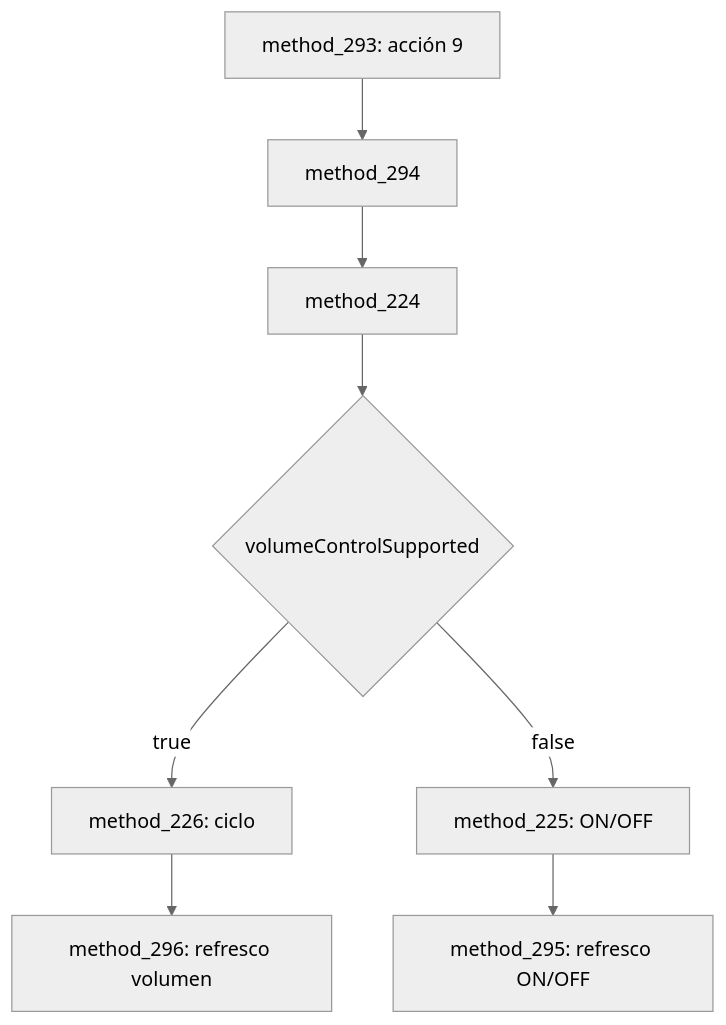
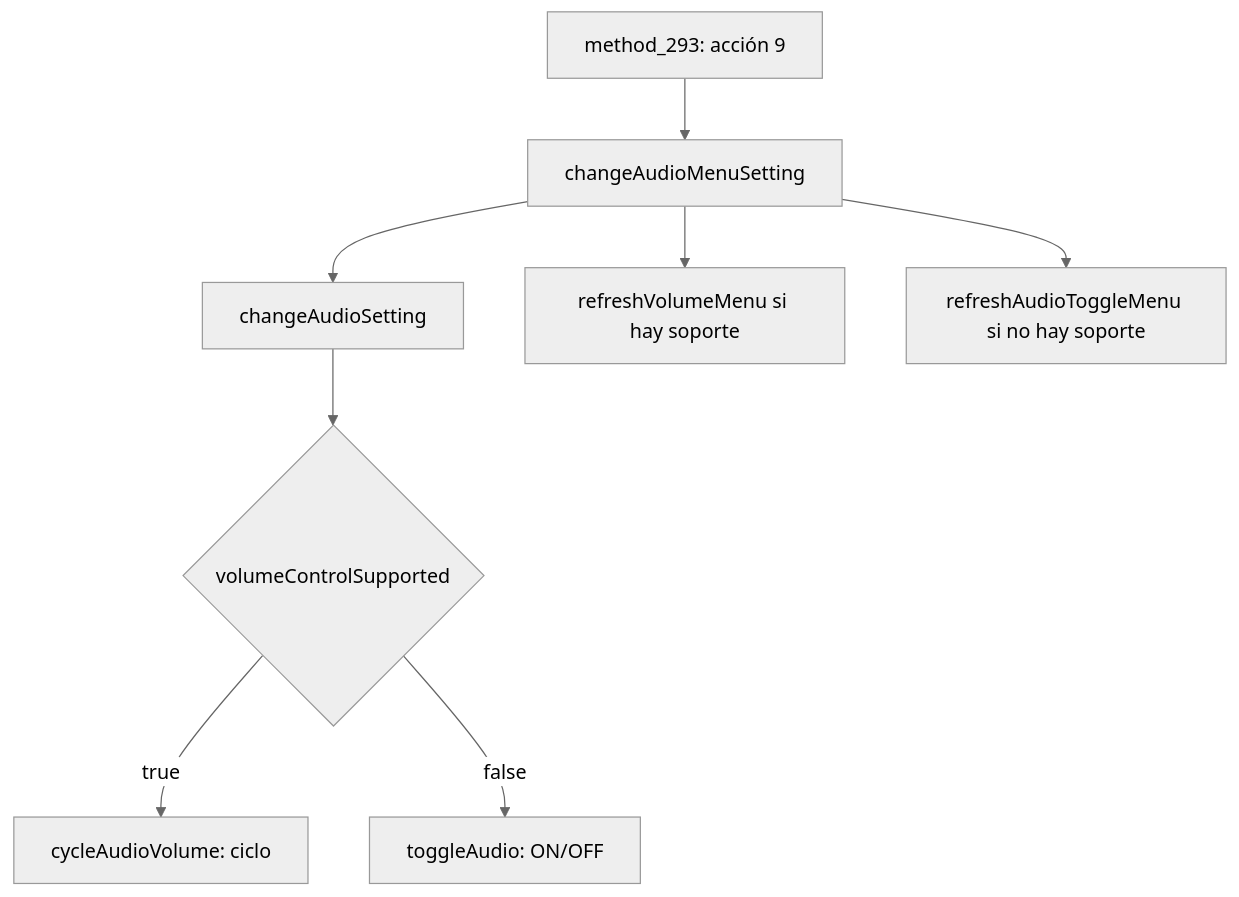
One commit to felipedelosh/PortDrHousePCByLoko changed the fourth of 4 diagrams in Docs/originalDevDoc/audioSystemGame.md. Above: the diagram before and after it, drawn with Mermaid (neutral theme). The commit also changed other lines of this file, not shown here.

````diff
--- a/Docs/originalDevDoc/audioSystemGame.md
+++ b/Docs/originalDevDoc/audioSystemGame.md
@@ -314,10 +316,10 @@
 ```mermaid
 flowchart TD
-    A[method_293: acción 9] --> B[method_294]
-    B --> C[method_224]
+    A[method_293: acción 9] --> B[changeAudioMenuSetting]
+    B --> C[changeAudioSetting]
     C --> D{volumeControlSupported}
-    D -->|true| E[method_226: ciclo]
-    D -->|false| F[method_225: ON/OFF]
-    E --> G[method_296: refresco volumen]
-    F --> H[method_295: refresco ON/OFF]
+    D -->|true| E[cycleAudioVolume: ciclo]
+    D -->|false| F[toggleAudio: ON/OFF]
+    B --> G[refreshVolumeMenu si hay soporte]
+    B --> H[refreshAudioToggleMenu si no hay soporte]
 ```
````
